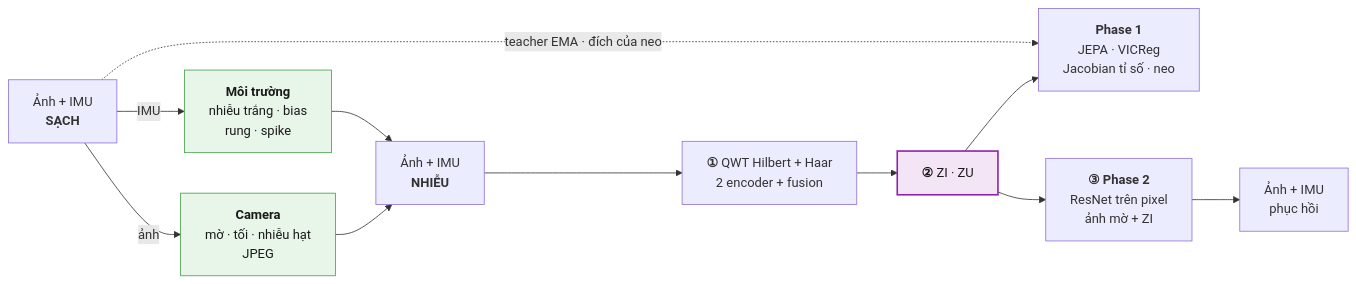
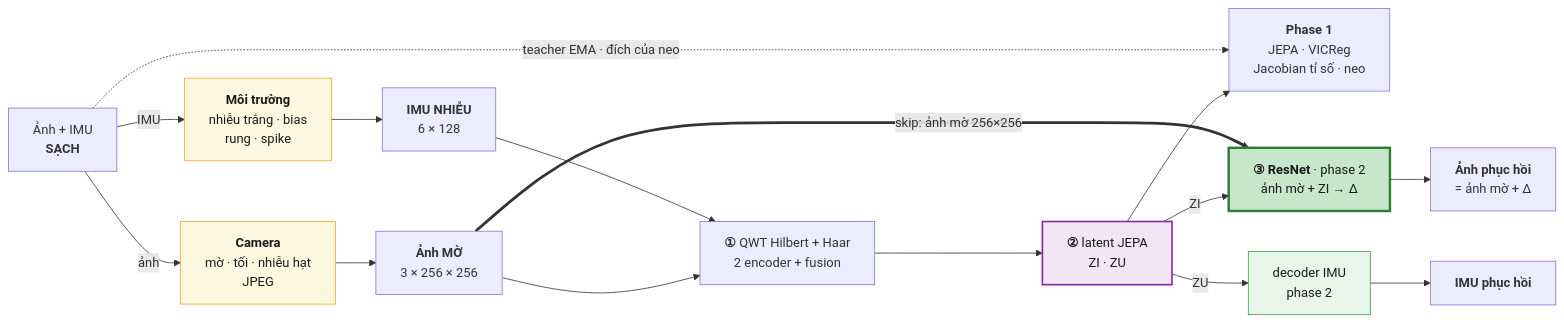
One commit to leesanghyoek/qwt_jepa_ver3 changed the first of 5 diagrams in README.md. Above: the diagram before and after it, drawn with Mermaid. The commit also changed other lines of this file, not shown here.

First line of the commit message:
Draw the ResNet and its blurry-image skip in the architecture diagrams

````diff
--- a/README.md
+++ b/README.md
@@ -153,22 +153,33 @@
 ```mermaid
 flowchart LR
     CL["Ảnh + IMU<br/><b>SẠCH</b>"]
     CAM["<b>Camera</b><br/>mờ · tối · nhiễu hạt<br/>JPEG"]
     ENV["<b>Môi trường</b><br/>nhiễu trắng · bias<br/>rung · spike"]
-    NZ["Ảnh + IMU<br/><b>NHIỄU</b>"]
+    XB["<b>Ảnh MỜ</b><br/>3 × 256 × 256"]
+    UN["<b>IMU NHIỄU</b><br/>6 × 128"]
     BB["<b>①</b> QWT Hilbert + Haar<br/>2 encoder + fusion"]
-    Z["<b>②</b> ZI · ZU"]
+    Z["<b>②</b> latent JEPA<br/>ZI · ZU"]
     L1["<b>Phase 1</b><br/>JEPA · VICReg<br/>Jacobian tỉ số · neo"]
-    D["<b>③ Phase 2</b><br/>ResNet trên pixel<br/>ảnh mờ + ZI"]
-    R["Ảnh + IMU<br/>phục hồi"]
-    CL -- ảnh --> CAM --> NZ
-    CL -- IMU --> ENV --> NZ
-    NZ --> BB --> Z
-    Z --> L1
-    Z --> D --> R
+    RN["<b>③ ResNet</b> · phase 2<br/>ảnh mờ + ZI → Δ"]
+    DU["decoder IMU<br/>phase 2"]
+    RI["<b>Ảnh phục hồi</b><br/>= ảnh mờ + Δ"]
+    RU["<b>IMU phục hồi</b>"]
+    CL -- ảnh --> CAM --> XB
+    CL -- IMU --> ENV --> UN
+    XB --> BB
+    UN --> BB
+    BB --> Z --> L1
+    Z -- ZI --> RN
+    XB == "skip: ảnh mờ 256×256" ==> RN
+    RN --> RI
+    Z -- ZU --> DU --> RU
     CL -. "teacher EMA · đích của neo" .-> L1
     classDef d fill:#e8f5e9,stroke:#43a047,color:#1a1a1a
+    classDef c fill:#fff8e1,stroke:#f9a825,color:#1a1a1a
     classDef l fill:#f3e5f5,stroke:#8e24aa,stroke-width:2px,color:#1a1a1a
-    class CAM,ENV d
+    classDef r fill:#c8e6c9,stroke:#2e7d32,stroke-width:3px,color:#1a1a1a
+    class CAM,ENV c
     class Z l
+    class RN r
+    class DU d
 ```
````
